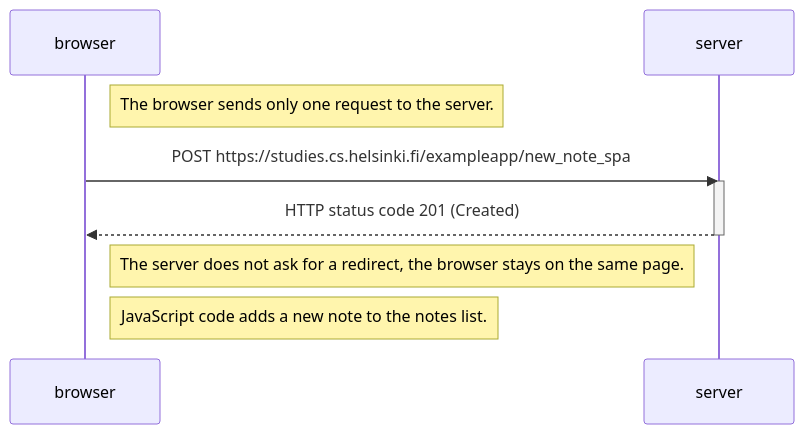
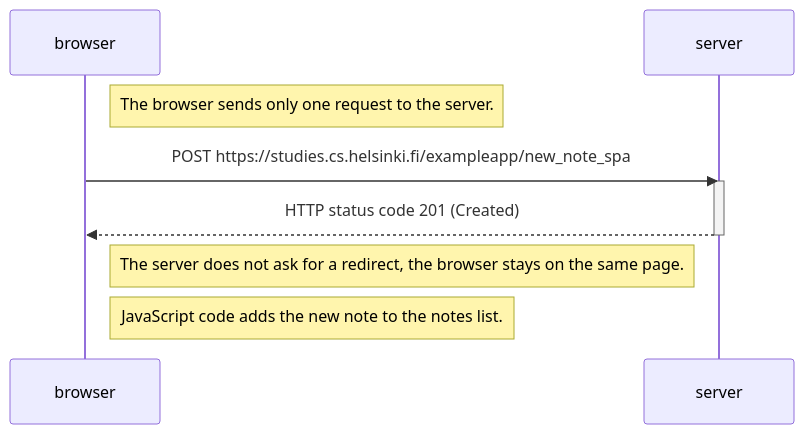
Before and after one commit to Viktoriia-code/Full-Stack-MOOC-Course: the diagram in part0/0.6-New_note_in_Single_page_app_diagram.md, drawn with Mermaid.

````diff
--- a/part0/0.6-New_note_in_Single_page_app_diagram.md
+++ b/part0/0.6-New_note_in_Single_page_app_diagram.md
@@ -3,15 +3,15 @@
 ```mermaid
 sequenceDiagram
     participant browser
     participant server
 
     Note right of browser: The browser sends only one request to the server.
 
     browser->>server: POST https://studies.cs.helsinki.fi/exampleapp/new_note_spa
     activate server
     server-->>browser: HTTP status code 201 (Created)
     deactivate server
 
     Note right of browser: The server does not ask for a redirect, the browser stays on the same page.
-    Note right of browser: JavaScript code adds a new note to the notes list.
+    Note right of browser: JavaScript code adds the new note to the notes list.
 ```
````
